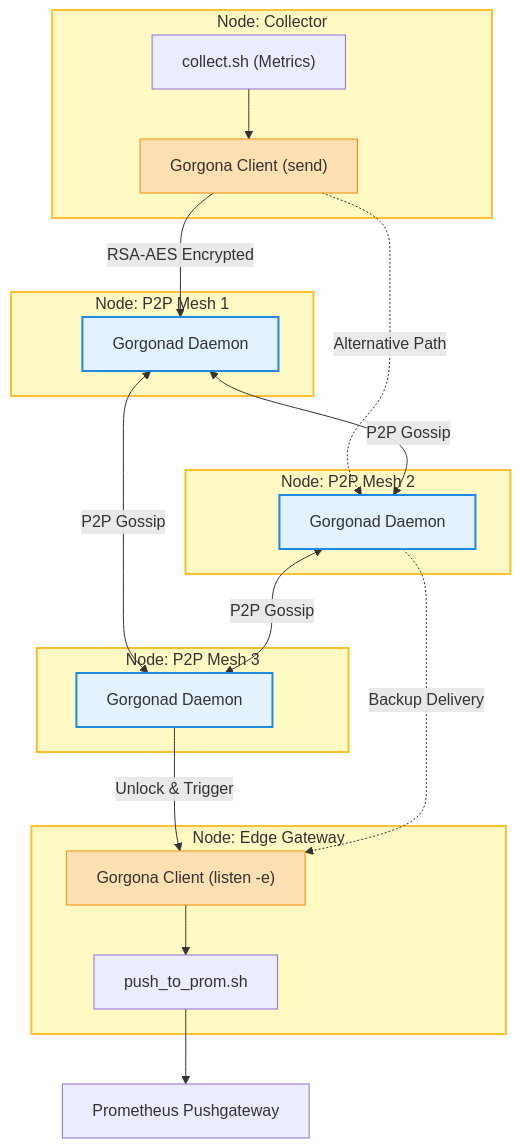
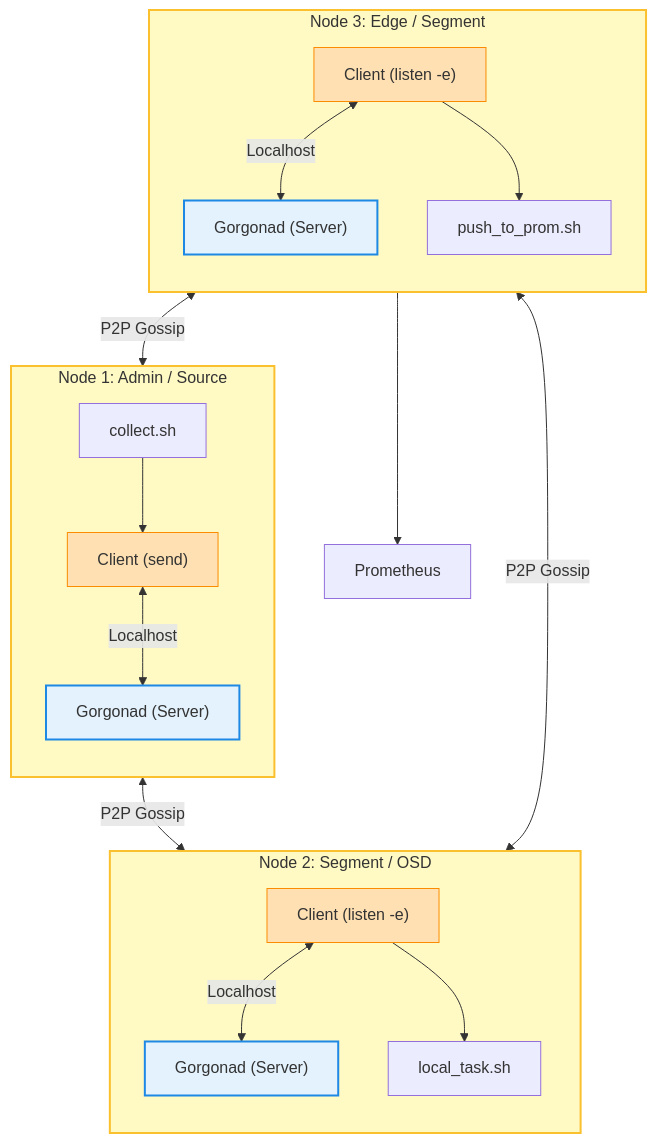
The diagram in plugins/prom_push/readme.md (psqlmaster/gorgona), drawn with Mermaid before and after one commit.

Commit message:
docs(prom_push): add redundant paths to architecture diagram to highlight P2P resilience

````diff
--- a/plugins/prom_push/readme.md
+++ b/plugins/prom_push/readme.md
@@ -38,59 +38,44 @@
 ```mermaid
 graph TD
-    %% Node: Source
-    subgraph Node_Source [Node: Collector]
-        A_Coll["collect.sh (Metrics)"]
-        A_Cli["Gorgona Client (send)"]
-        A_Coll --> A_Cli
+    %% Node 1 (Source/Admin role)
+    subgraph Node_1 ["Node 1: Admin / Source"]
+        direction TB
+        A_Coll["collect.sh"] --> A_Cli["Client (send)"]
+        A_Cli <-->|Localhost| A_Srv["Gorgonad (Server)"]
     end
 
-    %% Mesh Triangle Nodes
-    subgraph Node_P2P_1 [Node: P2P Mesh 1]
-        D1["Gorgonad Daemon"]
+    %% Node 2 (Relay/Segment role)
+    subgraph Node_2 ["Node 2: Segment / OSD"]
+        direction TB
+        B_Cli["Client (listen -e)"] <-->|Localhost| B_Srv["Gorgonad (Server)"]
+        B_Cli --> B_Exec["local_task.sh"]
     end
 
-    subgraph Node_P2P_2 [Node: P2P Mesh 2]
-        D2["Gorgonad Daemon"]
+    %% Node 3 (Gateway/Segment role)
+    subgraph Node_3 ["Node 3: Edge / Segment"]
+        direction TB
+        C_Cli["Client (listen -e)"] <-->|Localhost| C_Srv["Gorgonad (Server)"]
+        C_Cli --> C_Push["push_to_prom.sh"]
     end
 
-    subgraph Node_P2P_3 [Node: P2P Mesh 3]
-        D3["Gorgonad Daemon"]
-    end
+    %% P2P Mesh (Gorgonad to Gorgonad only)
+    A_Srv <-->|P2P Gossip| B_Srv
+    B_Srv <-->|P2P Gossip| C_Srv
+    C_Srv <-->|P2P Gossip| A_Srv
 
-    %% Node: Gateway
-    subgraph Node_Gateway [Node: Edge Gateway]
-        C_Cli["Gorgona Client (listen -e)"]
-        C_Push["push_to_prom.sh"]
-        C_Cli --> C_Push
-    end
-
-    %% Vertical Data Flow
-    A_Cli -->|RSA-AES Encrypted| D1
-    A_Cli -.->|Alternative Path| D2
-
-    %% Triangle Mesh Connections
-    D1 <-->|P2P Gossip| D2
-    D1 <-->|P2P Gossip| D3
-    D2 <-->|P2P Gossip| D3
-
-    %% Downward Flow to Gateway
-    D3 -->|Unlock & Trigger| C_Cli
-    D2 -.->|Backup Delivery| C_Cli
-
-    %% External
-    C_Push --> Prom[Prometheus Pushgateway]
+    %% External Output
+    C_Push --> Prom["Prometheus"]
 
     %% Styling Nodes (Yellow Blocks)
-    style Node_Source fill:#fff9c4,stroke:#fbc02d,stroke-width:2px
-    style Node_P2P_1 fill:#fff9c4,stroke:#fbc02d,stroke-width:2px
-    style Node_P2P_2 fill:#fff9c4,stroke:#fbc02d,stroke-width:2px
-    style Node_P2P_3 fill:#fff9c4,stroke:#fbc02d,stroke-width:2px
-    style Node_Gateway fill:#fff9c4,stroke:#fbc02d,stroke-width:2px
+    style Node_1 fill:#fff9c4,stroke:#fbc02d,stroke-width:2px
+    style Node_2 fill:#fff9c4,stroke:#fbc02d,stroke-width:2px
+    style Node_3 fill:#fff9c4,stroke:#fbc02d,stroke-width:2px
 
     %% Styling Components
     style A_Cli fill:#ffe0b2,stroke:#fb8c00
+    style B_Cli fill:#ffe0b2,stroke:#fb8c00
     style C_Cli fill:#ffe0b2,stroke:#fb8c00
-    style D1 fill:#e3f2fd,stroke:#1e88e5,stroke-width:2px
-    style D2 fill:#e3f2fd,stroke:#1e88e5,stroke-width:2px
-    style D3 fill:#e3f2fd,stroke:#1e88e5,stroke-width:2px
+    style A_Srv fill:#e3f2fd,stroke:#1e88e5,stroke-width:2px
+    style B_Srv fill:#e3f2fd,stroke:#1e88e5,stroke-width:2px
+    style C_Srv fill:#e3f2fd,stroke:#1e88e5,stroke-width:2px
 ```
````
